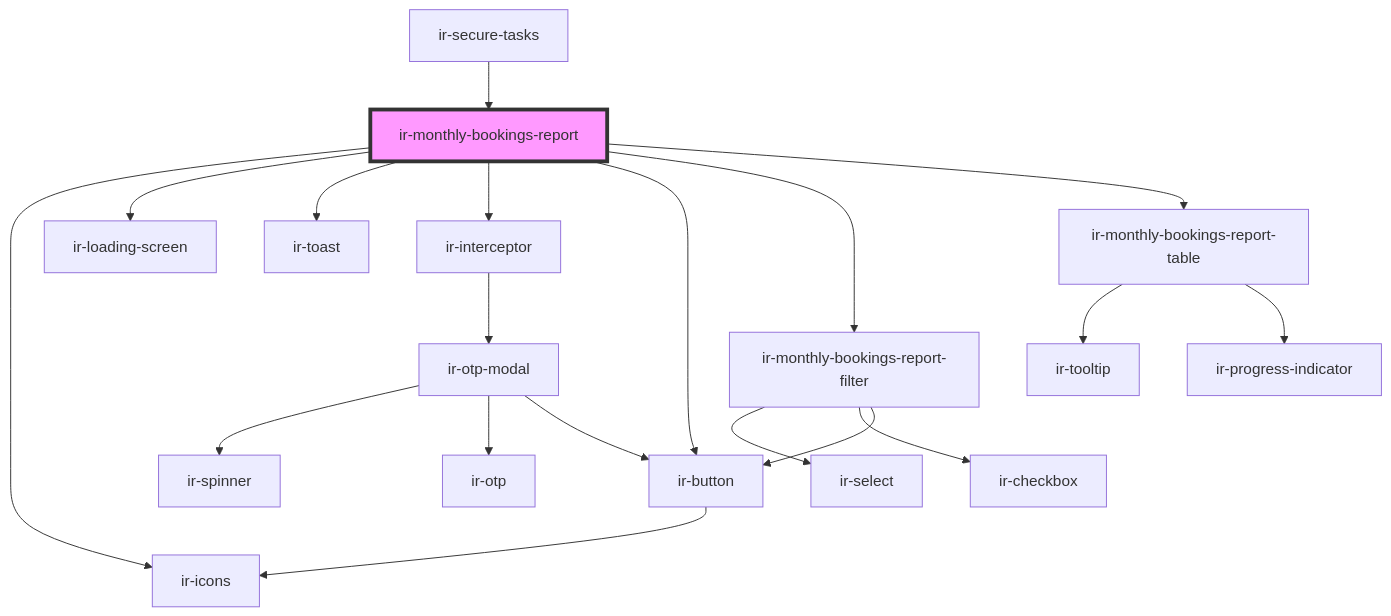
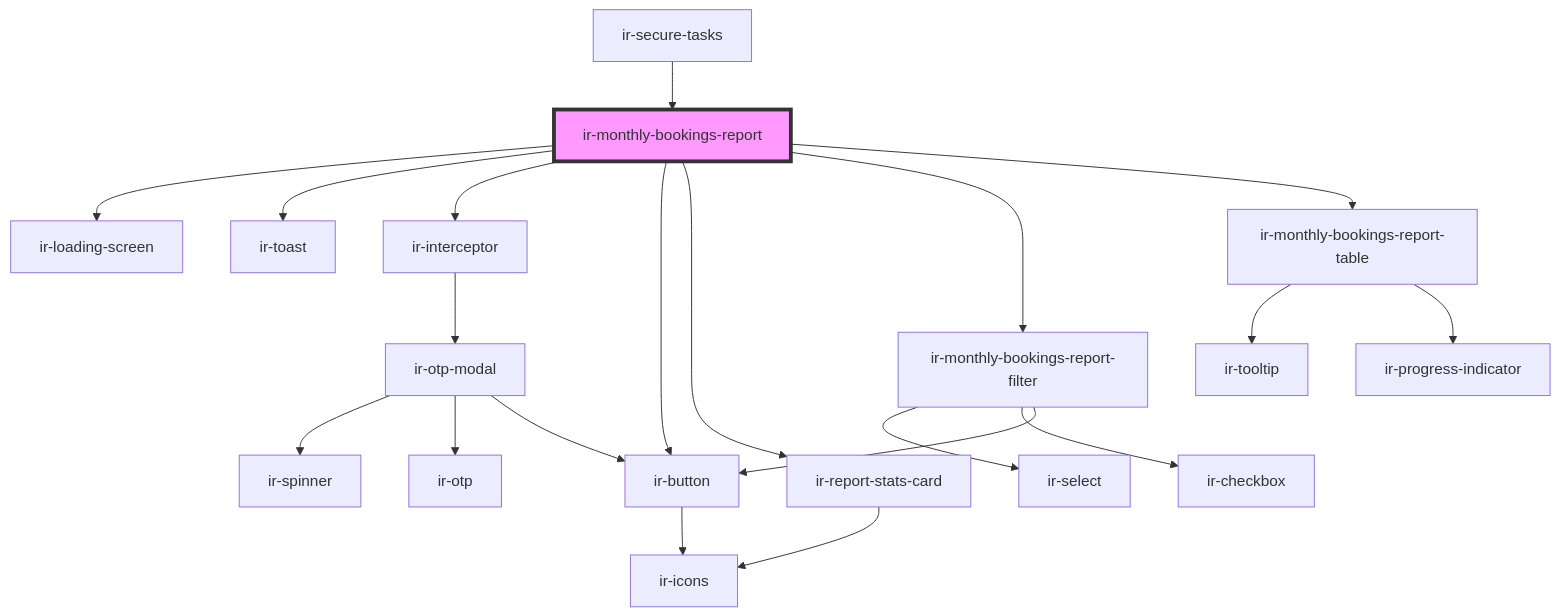
One commit to RonyRizk/ir-webcmp changed the diagram in src/components/ir-monthly-bookings-report/readme.md. Above: the diagram before and after it, drawn with Mermaid. The commit also changed other lines of this file and 51 other files, not shown here.

````diff
--- a/src/components/ir-monthly-bookings-report/readme.md
+++ b/src/components/ir-monthly-bookings-report/readme.md
@@ -35,22 +35,23 @@
 ```mermaid
 graph TD;
-  ir-monthly-bookings-report --> ir-icons
   ir-monthly-bookings-report --> ir-loading-screen
   ir-monthly-bookings-report --> ir-toast
   ir-monthly-bookings-report --> ir-interceptor
   ir-monthly-bookings-report --> ir-button
+  ir-monthly-bookings-report --> ir-report-stats-card
   ir-monthly-bookings-report --> ir-monthly-bookings-report-filter
   ir-monthly-bookings-report --> ir-monthly-bookings-report-table
   ir-interceptor --> ir-otp-modal
   ir-otp-modal --> ir-spinner
   ir-otp-modal --> ir-otp
   ir-otp-modal --> ir-button
   ir-button --> ir-icons
+  ir-report-stats-card --> ir-icons
   ir-monthly-bookings-report-filter --> ir-select
   ir-monthly-bookings-report-filter --> ir-checkbox
   ir-monthly-bookings-report-filter --> ir-button
   ir-monthly-bookings-report-table --> ir-tooltip
   ir-monthly-bookings-report-table --> ir-progress-indicator
   ir-secure-tasks --> ir-monthly-bookings-report
   style ir-monthly-bookings-report fill:#f9f,stroke:#333,stroke-width:4px
 ```
````
